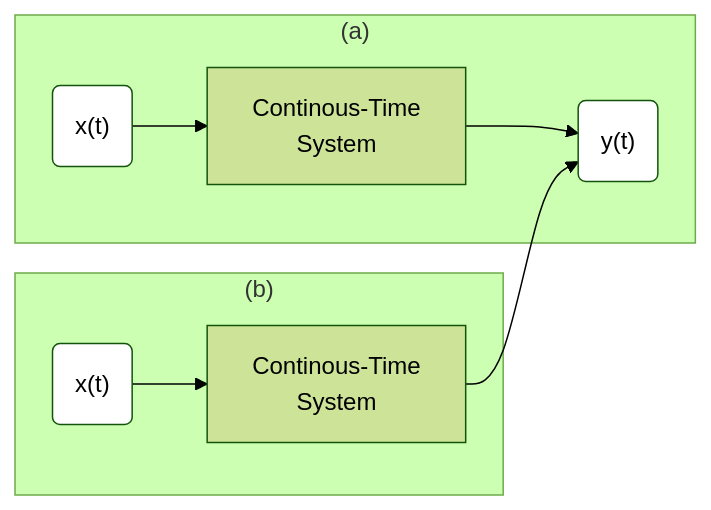
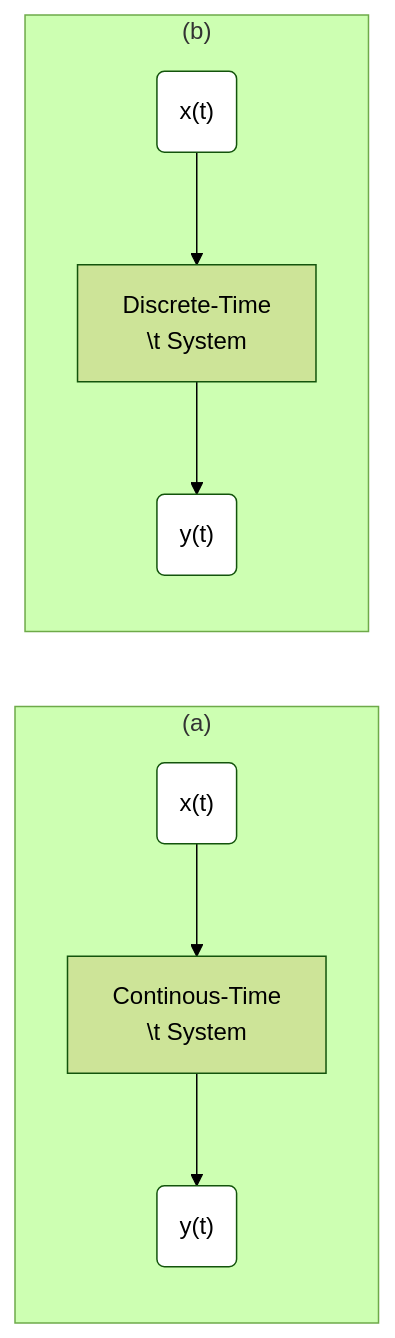
The first of 2 diagrams in signal-processing/kutz/README.md (setrar/dsp), drawn with Mermaid (forest theme) before and after one commit.

````diff
--- a/signal-processing/kutz/README.md
+++ b/signal-processing/kutz/README.md
@@ -50,14 +50,14 @@
 ```mermaid
 %%{init: {"flowchart": {"htmlLabels": false}} }%%
 flowchart LR
 subgraph "(a)"
-    a("x(t)"):::someclass -->b[Continous-Time \n System]
+    a("x(t)"):::someclass -->b[Continous-Time \n\t System]
     b-->id("y(t)"):::someclass
     classDef someclass fill:#fff
 end
 subgraph "(b)"
-    c("x(t)"):::someclass -->d[Continous-Time \n System]
-    d-->id("y(t)"):::someclass
+    c("x(t)"):::someclass -->d[Discrete-Time \n\t System]
+    d-->id1("y(t)"):::someclass
     classDef someclass fill:#fff
 end
 ```
````
